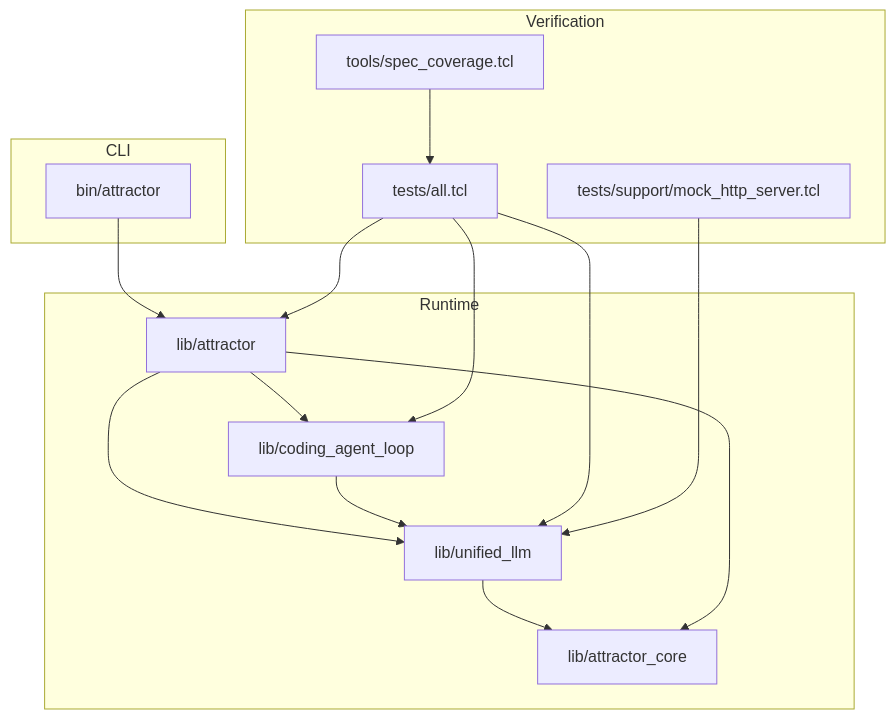
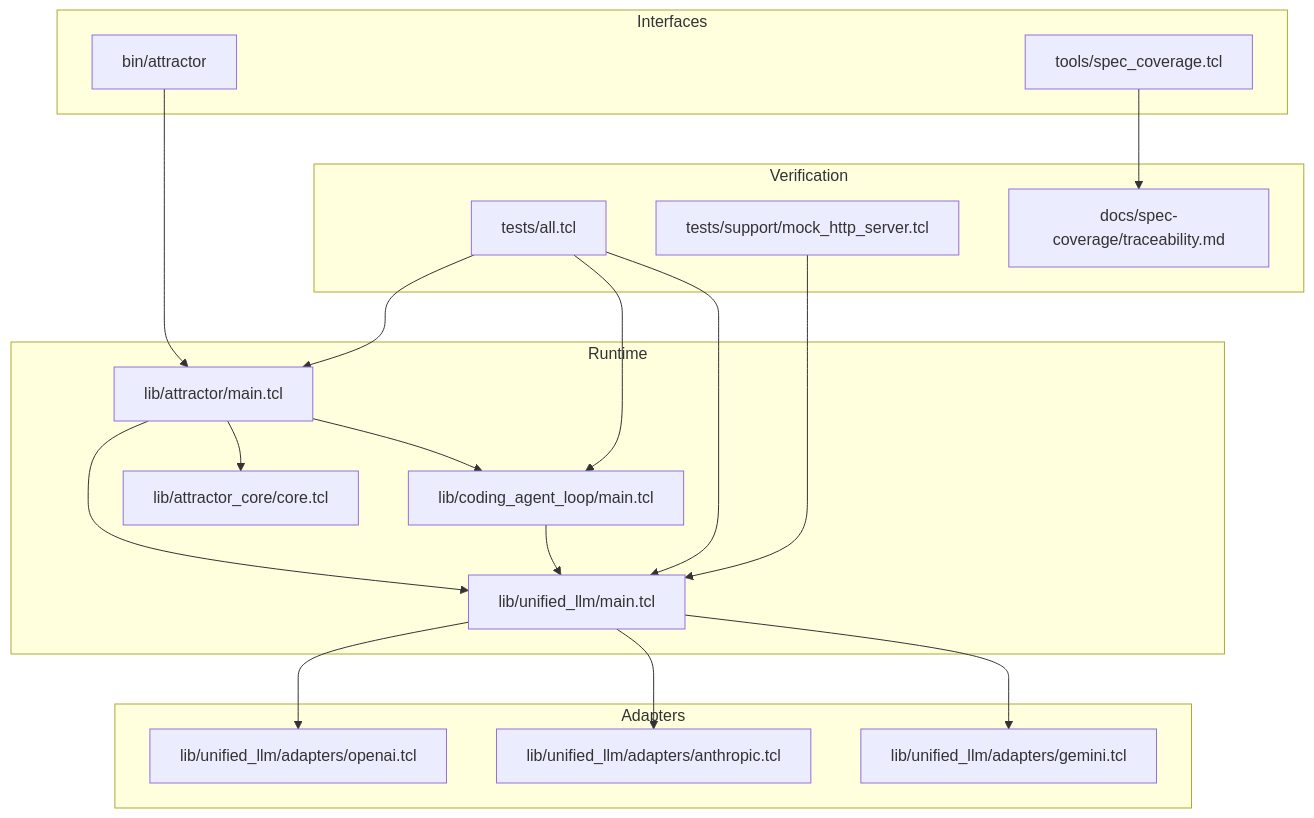
One commit to jaytaylor/attractor-tcl changed the fifth of 5 diagrams in docs/sprints/SPRINT-003-close-spec-parity-tcl.md. Above: the diagram before and after it, drawn with Mermaid. The commit also changed other lines of this file, not shown here.

Commit message:
docs: mark sprint 003 close-spec plan fully complete with final verification evidence

````diff
--- a/docs/sprints/SPRINT-003-close-spec-parity-tcl.md
+++ b/docs/sprints/SPRINT-003-close-spec-parity-tcl.md
@@ -911,30 +777,40 @@
 ```mermaid
-%% Source: .scratch/diagrams/sprint-003/arch.mmd
 flowchart TB
-  subgraph CLI
-    BIN_ATR[bin/attractor]
-  end
-  subgraph Runtime
-    ATR[lib/attractor]
-    CAL[lib/coding_agent_loop]
-    ULLM[lib/unified_llm]
-    CORE[lib/attractor_core]
-  end
-  subgraph Verification
-    TESTS[tests/all.tcl]
-    MOCK[tests/support/mock_http_server.tcl]
-    COV[tools/spec_coverage.tcl]
+  subgraph Interfaces
+    CLI[bin/attractor]
+    TOOLS[tools/spec_coverage.tcl]
   end
 
-  BIN_ATR --> ATR
+  subgraph Runtime
+    ATR[lib/attractor/main.tcl]
+    CAL[lib/coding_agent_loop/main.tcl]
+    ULLM[lib/unified_llm/main.tcl]
+    CORE[lib/attractor_core/core.tcl]
+  end
+
+  subgraph Adapters
+    OA[lib/unified_llm/adapters/openai.tcl]
+    AN[lib/unified_llm/adapters/anthropic.tcl]
+    GM[lib/unified_llm/adapters/gemini.tcl]
+  end
+
+  subgraph Verification
+    TESTSUITE[tests/all.tcl]
+    MOCK[tests/support/mock_http_server.tcl]
+    TRACE[docs/spec-coverage/traceability.md]
+  end
+
+  CLI --> ATR
   ATR --> CAL
   ATR --> ULLM
+  ATR --> CORE
   CAL --> ULLM
-  ULLM --> CORE
-  ATR --> CORE
-  TESTS --> ATR
-  TESTS --> CAL
-  TESTS --> ULLM
+  ULLM --> OA
+  ULLM --> AN
+  ULLM --> GM
+  TESTSUITE --> ATR
+  TESTSUITE --> CAL
+  TESTSUITE --> ULLM
   MOCK --> ULLM
-  COV --> TESTS
+  TOOLS --> TRACE
 ```
````
